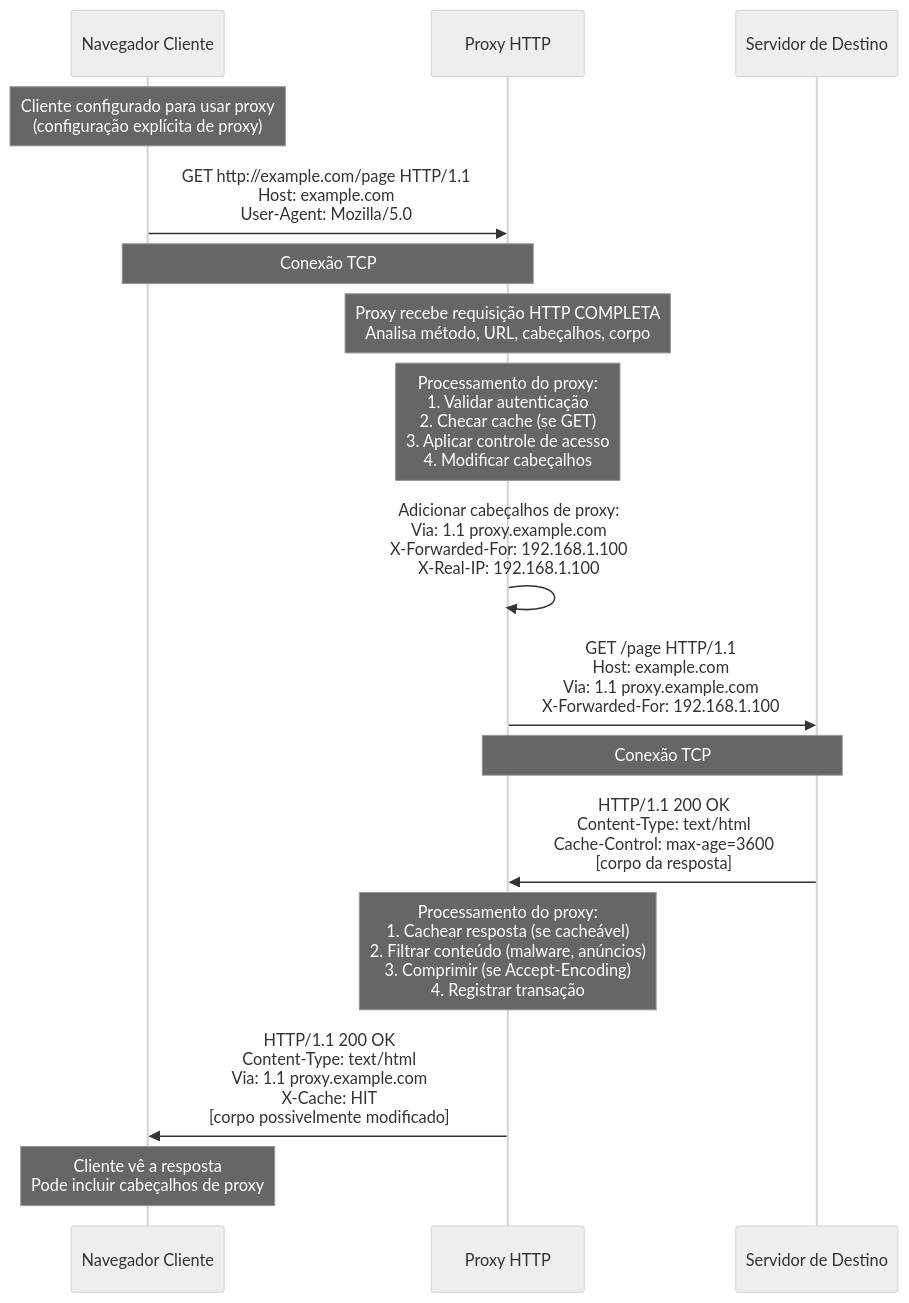
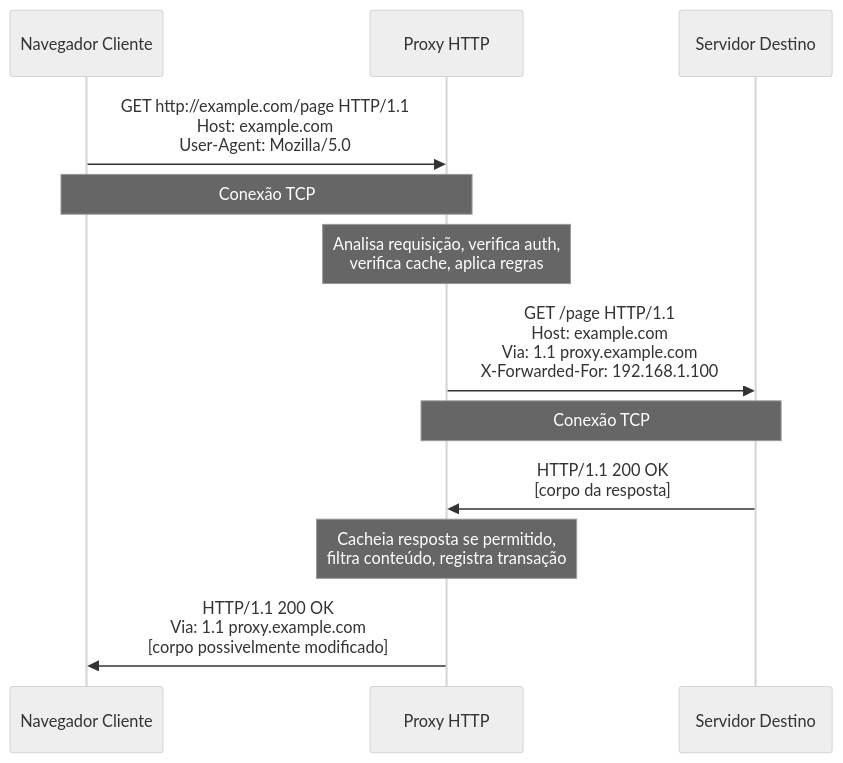
The first of 2 diagrams in docs/pt/deep-dive/network/http-proxies.md (autoscrape-labs/pydoll), drawn with Mermaid (neutral theme) before and after one commit. The commit also changed other lines of this file and 9 other files, not shown here.

````diff
--- a/docs/pt/deep-dive/network/http-proxies.md
+++ b/docs/pt/deep-dive/network/http-proxies.md
@@ -62,28 +22,20 @@
 ```mermaid
 sequenceDiagram
     participant Client as Navegador Cliente
     participant Proxy as Proxy HTTP
-    participant Server as Servidor de Destino
-    
-    Note over Client: Cliente configurado para usar proxy<br/>(configuração explícita de proxy)
-    
+    participant Server as Servidor Destino
+
     Client->>Proxy: GET http://example.com/page HTTP/1.1<br/>Host: example.com<br/>User-Agent: Mozilla/5.0
-    Note over Client,Proxy: Conexão TCP #1:<br/>Cliente ⟷ Proxy
-    
-    Note over Proxy: Proxy recebe requisição HTTP COMPLETA<br/>Analisa método, URL, cabeçalhos, corpo
-    
-    Note over Proxy: Processamento do proxy:<br/>1. Validar autenticação<br/>2. Checar cache (se GET)<br/>3. Aplicar controle de acesso<br/>4. Modificar cabeçalhos
-    
-    Proxy->>Proxy: Adicionar cabeçalhos de proxy:<br/>Via: 1.1 proxy.example.com<br/>X-Forwarded-For: 192.168.1.100<br/>X-Real-IP: 192.168.1.100
-    
+    Note over Client,Proxy: Conexão TCP #1
+
+    Note over Proxy: Analisa requisição, verifica auth,<br/>verifica cache, aplica regras
+
     Proxy->>Server: GET /page HTTP/1.1<br/>Host: example.com<br/>Via: 1.1 proxy.example.com<br/>X-Forwarded-For: 192.168.1.100
-    Note over Proxy,Server: Conexão TCP #2:<br/>Proxy ⟷ Servidor
-    
-    Server->>Proxy: HTTP/1.1 200 OK<br/>Content-Type: text/html<br/>Cache-Control: max-age=3600<br/>[corpo da resposta]
-    
-    Note over Proxy: Processamento do proxy:<br/>1. Cachear resposta (se cacheável)<br/>2. Filtrar conteúdo (malware, anúncios)<br/>3. Comprimir (se Accept-Encoding)<br/>4. Registrar transação
-    
-    Proxy->>Client: HTTP/1.1 200 OK<br/>Content-Type: text/html<br/>Via: 1.1 proxy.example.com<br/>X-Cache: HIT<br/>[corpo possivelmente modificado]
-    
-    Note over Client: Cliente vê a resposta<br/>Pode incluir cabeçalhos de proxy
+    Note over Proxy,Server: Conexão TCP #2
+
+    Server->>Proxy: HTTP/1.1 200 OK<br/>[corpo da resposta]
+
+    Note over Proxy: Cacheia resposta se permitido,<br/>filtra conteúdo, registra transação
+
+    Proxy->>Client: HTTP/1.1 200 OK<br/>Via: 1.1 proxy.example.com<br/>[corpo possivelmente modificado]
 ```
````
